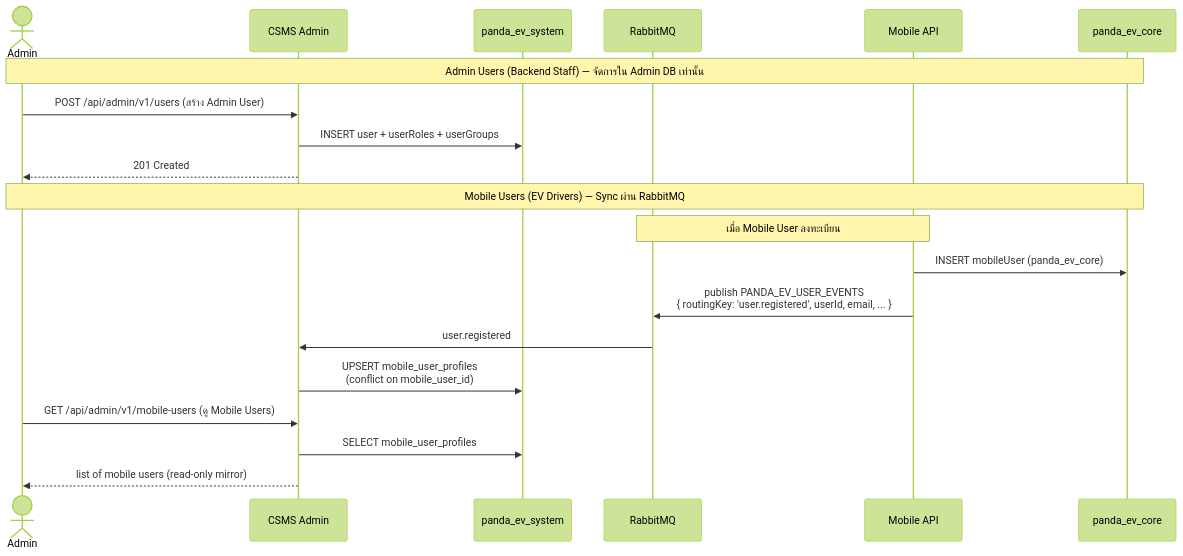
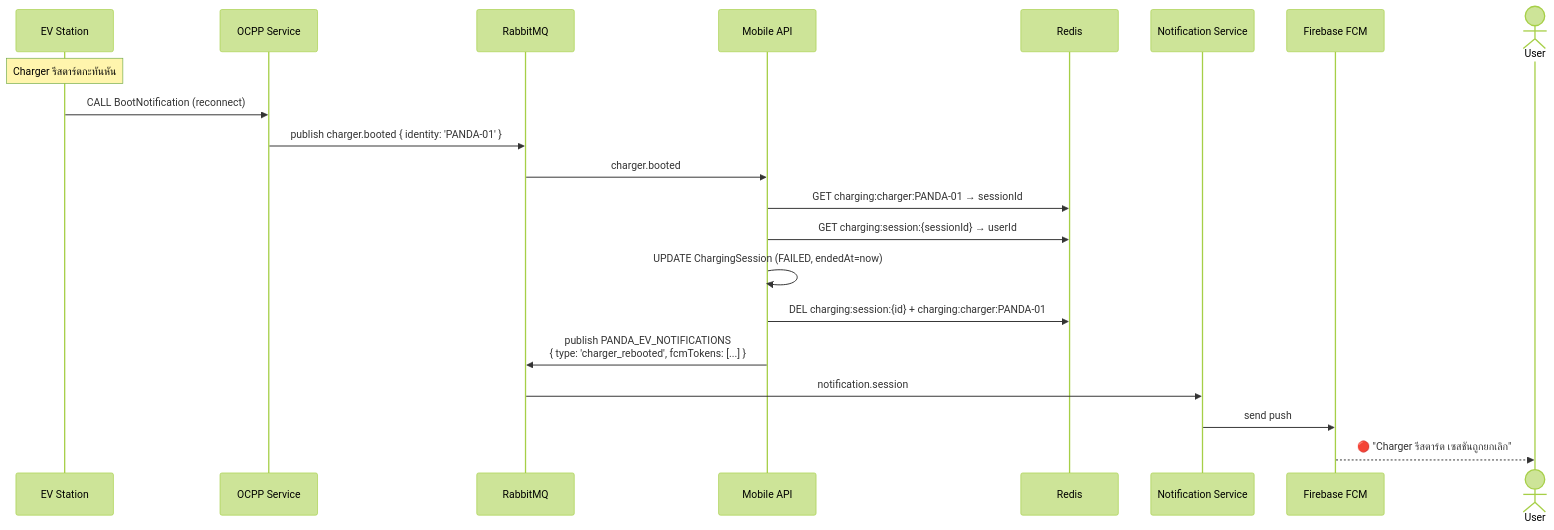
The seventh of 8 diagrams in docs/ev-charging-architecture.md (kothsada/ev-charge-my-projects), drawn with Mermaid (forest theme) before and after one commit. The commit also changed other lines of this file and 49 other files, not shown here.

````diff
--- a/docs/ev-charging-architecture.md
+++ b/docs/ev-charging-architecture.md
@@ -587,25 +672,26 @@
 ```mermaid
 sequenceDiagram
-    actor Admin
-    participant CSMS as CSMS Admin
-    participant DB_A as panda_ev_system
+    participant Station as EV Station
+    participant OCPP as OCPP Service
     participant MQ as RabbitMQ
     participant Mobile as Mobile API
-    participant DB_M as panda_ev_core
+    participant Redis as Redis
+    participant Notif as Notification Service
+    participant FCM as Firebase FCM
+    actor User
 
-    Note over Admin,DB_M: Admin Users (Backend Staff) — จัดการใน Admin DB เท่านั้น
-    Admin->>CSMS: POST /api/admin/v1/users (สร้าง Admin User)
-    CSMS->>DB_A: INSERT user + userRoles + userGroups
-    CSMS-->>Admin: 201 Created
+    Note over Station: Charger รีสตาร์ตกะทันหัน
+    Station->>OCPP: CALL BootNotification (reconnect)
+    OCPP->>MQ: publish charger.booted { identity: 'PANDA-01' }
 
-    Note over Admin,DB_M: Mobile Users (EV Drivers) — Sync ผ่าน RabbitMQ
-    Note over Mobile,MQ: เมื่อ Mobile User ลงทะเบียน
-    Mobile->>DB_M: INSERT mobileUser (panda_ev_core)
-    Mobile->>MQ: publish PANDA_EV_USER_EVENTS<br/>{ routingKey: 'user.registered', userId, email, ... }
-    MQ->>CSMS: user.registered
-    CSMS->>DB_A: UPSERT mobile_user_profiles<br/>(conflict on mobile_user_id)
+    MQ->>Mobile: charger.booted
+    Mobile->>Redis: GET charging:charger:PANDA-01 → sessionId
+    Mobile->>Redis: GET charging:session:{sessionId} → userId
+    Mobile->>Mobile: UPDATE ChargingSession (FAILED, endedAt=now)
+    Mobile->>Redis: DEL charging:session:{id} + charging:charger:PANDA-01
+    Mobile->>MQ: publish PANDA_EV_NOTIFICATIONS<br/>{ type: 'charger_rebooted', fcmTokens: [...] }
 
-    Admin->>CSMS: GET /api/admin/v1/mobile-users (ดู Mobile Users)
-    CSMS->>DB_A: SELECT mobile_user_profiles
-    CSMS-->>Admin: list of mobile users (read-only mirror)
+    MQ->>Notif: notification.session
+    Notif->>FCM: send push
+    FCM-->>User: 🔴 "Charger รีสตาร์ต เซสชันถูกยกเลิก"
 ```
````
